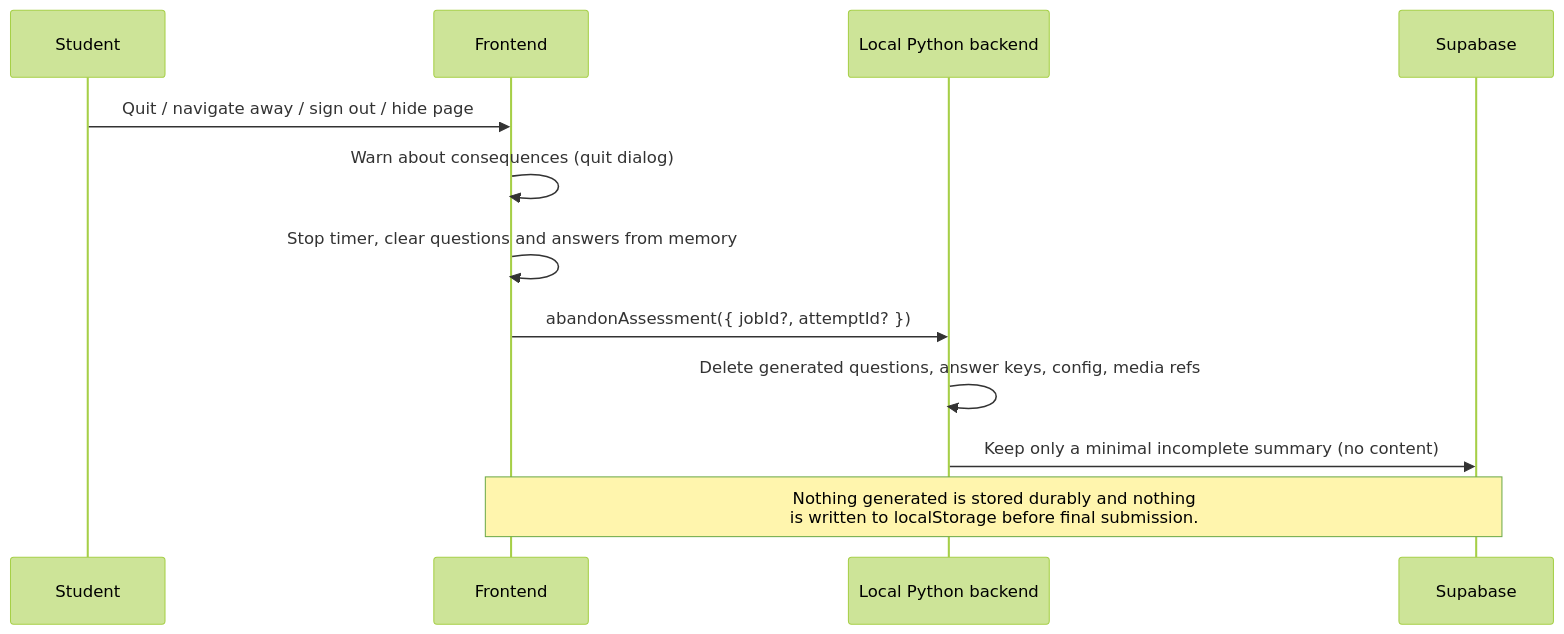
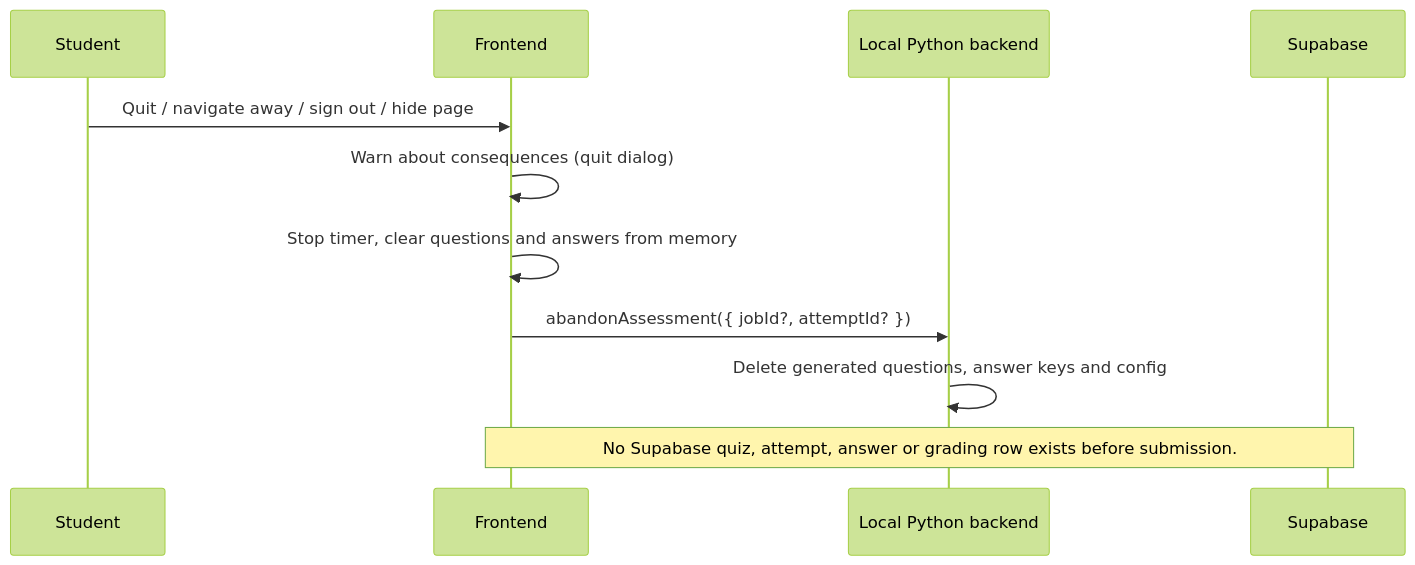
The second of 3 diagrams in docs/architecture/ASSESSMENT_SYSTEM.md (keyshavmor/study-swiss-star), drawn with Mermaid (forest theme) before and after one commit. The commit also changed other lines of this file and 37 other files, not shown here.

````diff
--- a/docs/architecture/ASSESSMENT_SYSTEM.md
+++ b/docs/architecture/ASSESSMENT_SYSTEM.md
@@ -62,14 +62,13 @@
 ```mermaid
 sequenceDiagram
   participant U as Student
   participant F as Frontend
   participant B as Local Python backend
   participant DB as Supabase
   U->>F: Quit / navigate away / sign out / hide page
   F->>F: Warn about consequences (quit dialog)
   F->>F: Stop timer, clear questions and answers from memory
   F->>B: abandonAssessment({ jobId?, attemptId? })
-  B->>B: Delete generated questions, answer keys, config, media refs
-  B->>DB: Keep only a minimal incomplete summary (no content)
-  Note over F,DB: Nothing generated is stored durably and nothing<br/>is written to localStorage before final submission.
+  B->>B: Delete generated questions, answer keys and config
+  Note over F,DB: No Supabase quiz, attempt, answer or grading row exists before submission.
 ```
````
